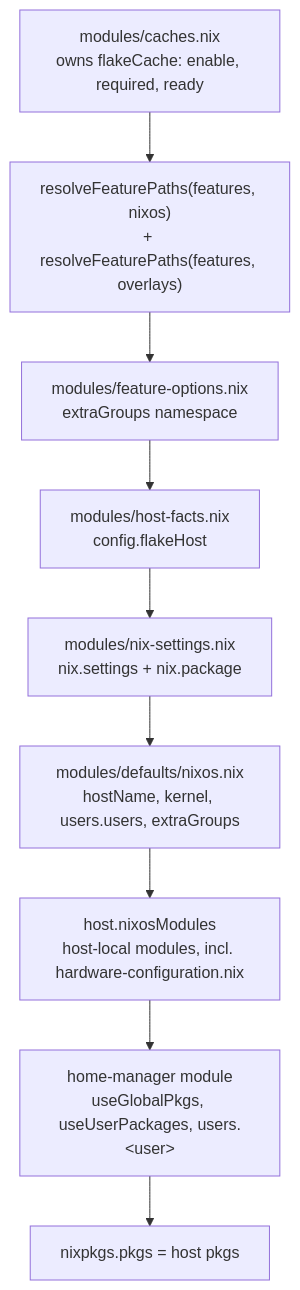
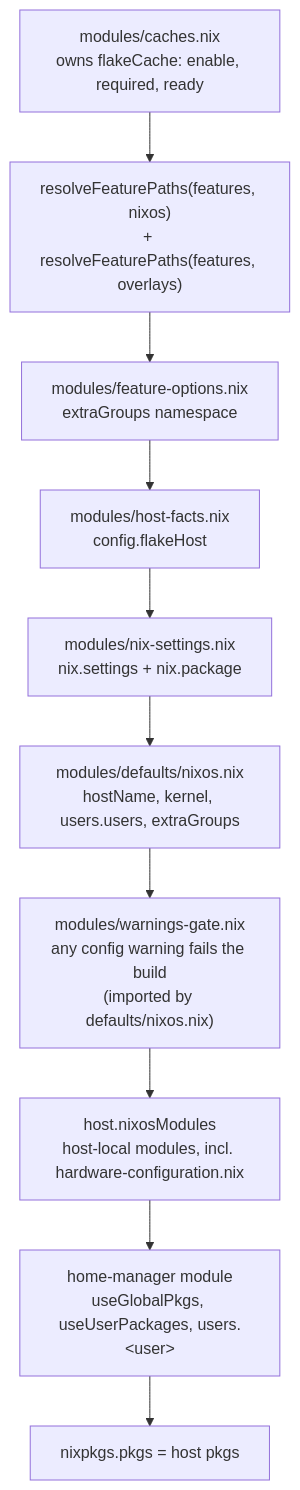
One commit to WombatFromHell/automatic-palm-tree changed the third of 8 diagrams in DESIGN.md. Above: the diagram before and after it, drawn with Mermaid. The commit also changed other lines of this file and 8 other files, not shown here.

````diff
--- a/DESIGN.md
+++ b/DESIGN.md
@@ -79,11 +93,12 @@
 ```mermaid
 flowchart TD
   1["modules/caches.nix<br/>owns flakeCache: enable, required, ready"] --> 2["resolveFeaturePaths(features, nixos)<br/>+ resolveFeaturePaths(features, overlays)"]
   2 --> 3["modules/feature-options.nix<br/>extraGroups namespace"]
   3 --> 4["modules/host-facts.nix<br/>config.flakeHost"]
   4 --> 5["modules/nix-settings.nix<br/>nix.settings + nix.package"]
   5 --> 6["modules/defaults/nixos.nix<br/>hostName, kernel, users.users, extraGroups"]
-  6 --> 7["host.nixosModules<br/>host-local modules, incl. hardware-configuration.nix"]
-  7 --> 8["home-manager module<br/>useGlobalPkgs, useUserPackages, users.&lt;user&gt;"]
-  8 --> 9["nixpkgs.pkgs = host pkgs"]
+  6 --> 7["modules/warnings-gate.nix<br/>any config warning fails the build<br/>(imported by defaults/nixos.nix)"]
+  7 --> 8["host.nixosModules<br/>host-local modules, incl. hardware-configuration.nix"]
+  8 --> 9["home-manager module<br/>useGlobalPkgs, useUserPackages, users.&lt;user&gt;"]
+  9 --> 10["nixpkgs.pkgs = host pkgs"]
 ```
````
